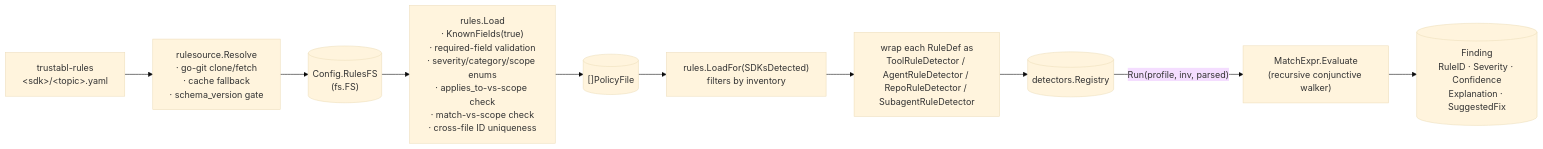
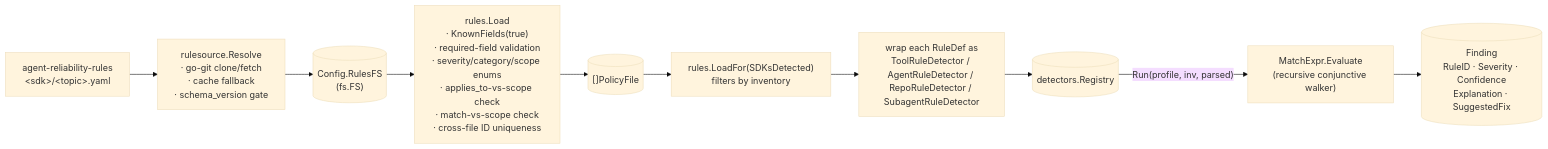
Before and after one commit to trustabl/agent-reliability-analyzer: the fourth of 4 diagrams in ARCHITECTURE.md, drawn with Mermaid (base theme). The commit also changed other lines of this file and 50 other files, not shown here.

````diff
--- a/ARCHITECTURE.md
+++ b/ARCHITECTURE.md
@@ -1970,16 +1970,16 @@
 ```mermaid
 flowchart LR
-    yaml["trustabl-rules<br/>&lt;sdk&gt;/&lt;topic&gt;.yaml"]
+    yaml["agent-reliability-rules<br/>&lt;sdk&gt;/&lt;topic&gt;.yaml"]
     resolve["rulesource.Resolve<br/>· go-git clone/fetch<br/>· cache fallback<br/>· schema_version gate"]
     fs[("Config.RulesFS<br/>(fs.FS)")]
     loader["rules.Load<br/>· KnownFields(true)<br/>· required-field validation<br/>· severity/category/scope enums<br/>· applies_to-vs-scope check<br/>· match-vs-scope check<br/>· cross-file ID uniqueness"]
     rules[("[]PolicyFile")]
     loadfor["rules.LoadFor(SDKsDetected)<br/>filters by inventory"]
     wrap["wrap each RuleDef as<br/>ToolRuleDetector / AgentRuleDetector / RepoRuleDetector / SubagentRuleDetector"]
     registry[("detectors.Registry")]
     evaluate["MatchExpr.Evaluate<br/>(recursive conjunctive walker)"]
     finding[("Finding<br/>RuleID · Severity · Confidence<br/>Explanation · SuggestedFix")]
 
     yaml --> resolve --> fs --> loader --> rules --> loadfor --> wrap --> registry
     registry -- "Run(profile, inv, parsed)" --> evaluate --> finding
 ```
````
